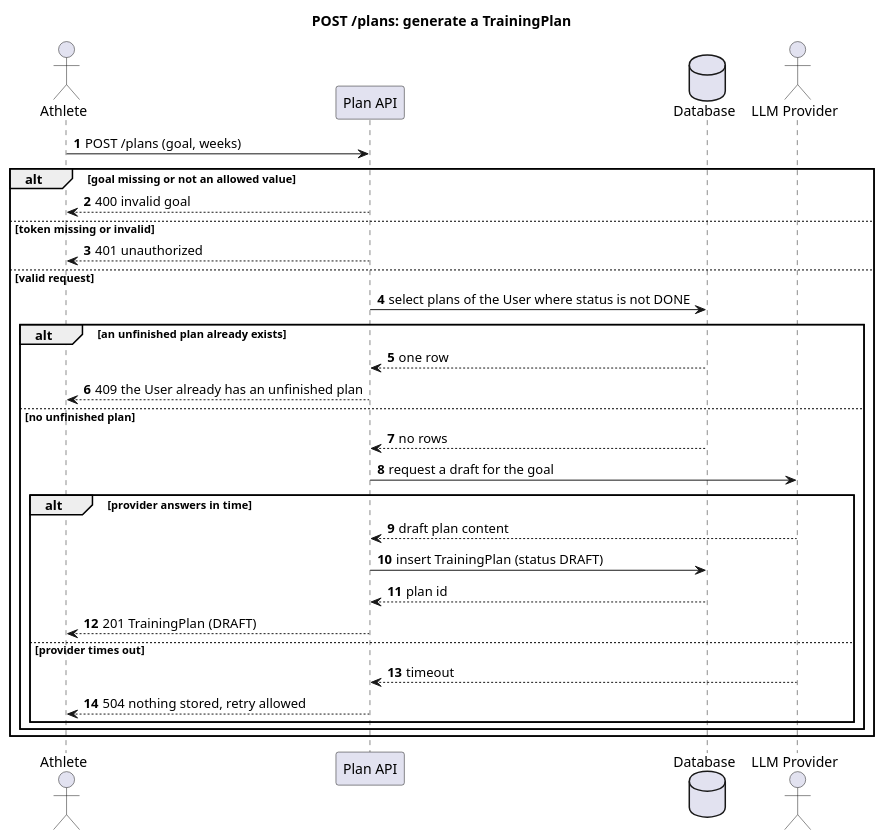
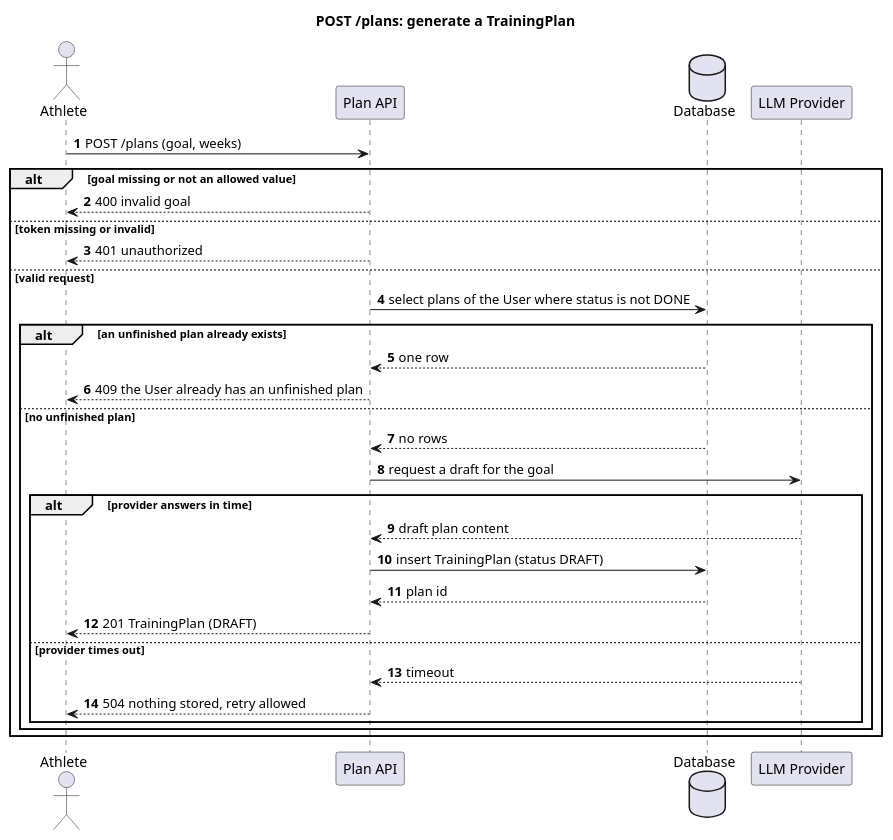
The diagram in example/sequence/post-plans.puml (Svetafo/system-design-from-interview), drawn with PlantUML before and after one commit. The commit also changed 6 other files, not shown here.

```diff
--- a/example/sequence/post-plans.puml
+++ b/example/sequence/post-plans.puml
@@ -1,40 +1,40 @@
 @startuml
 ' Method diagram: POST /plans, success and every failure branch of the contract.
 skinparam backgroundColor #FFFFFF
 skinparam shadowing false
 autonumber
 
 actor "Athlete" as Athlete
 participant "Plan API" as API
 database "Database" as DB
-actor "LLM Provider" as LLM
+participant "LLM Provider" as LLM
 
 title POST /plans: generate a TrainingPlan
 
 Athlete -> API : POST /plans (goal, weeks)
 
 alt goal missing or not an allowed value
     API --> Athlete : 400 invalid goal
 else token missing or invalid
     API --> Athlete : 401 unauthorized
 else valid request
     API -> DB : select plans of the User where status is not DONE
     alt an unfinished plan already exists
         DB --> API : one row
         API --> Athlete : 409 the User already has an unfinished plan
     else no unfinished plan
         DB --> API : no rows
         API -> LLM : request a draft for the goal
         alt provider answers in time
             LLM --> API : draft plan content
             API -> DB : insert TrainingPlan (status DRAFT)
             DB --> API : plan id
             API --> Athlete : 201 TrainingPlan (DRAFT)
         else provider times out
             LLM --> API : timeout
             API --> Athlete : 504 nothing stored, retry allowed
         end
     end
 end
 
 @enduml
```
